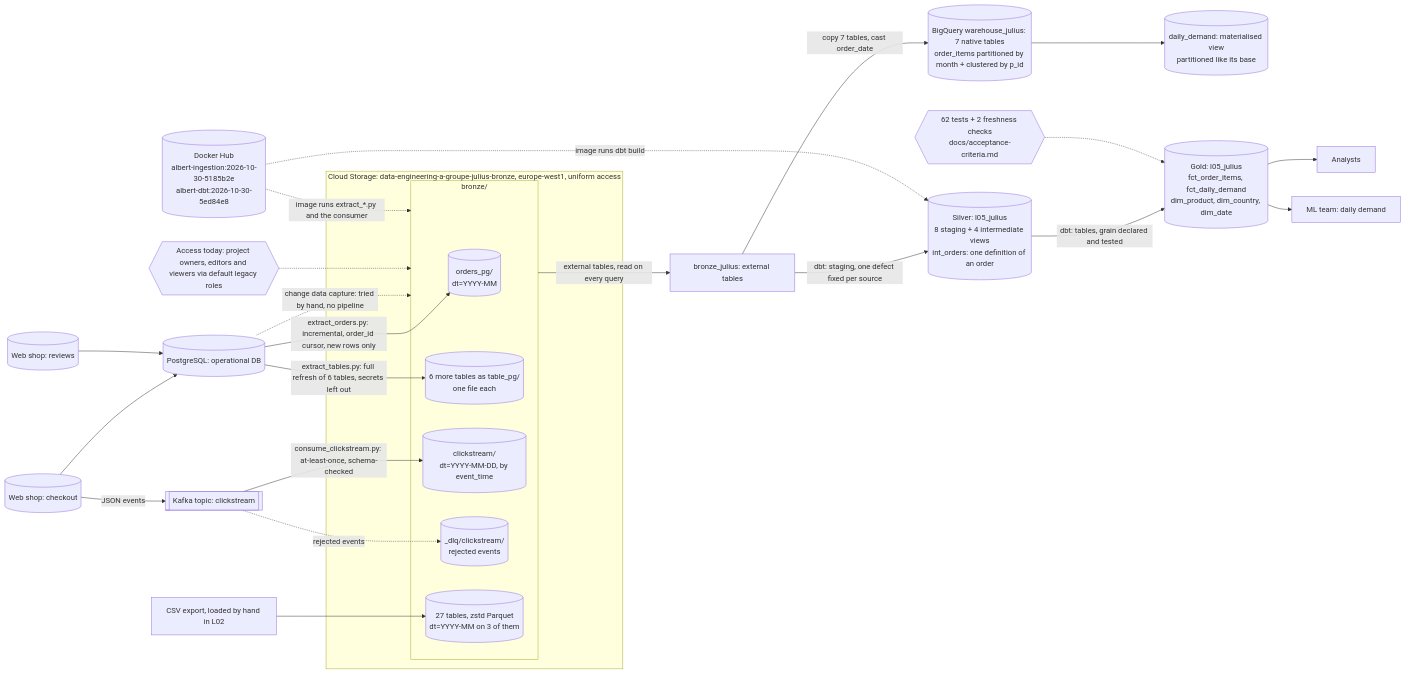
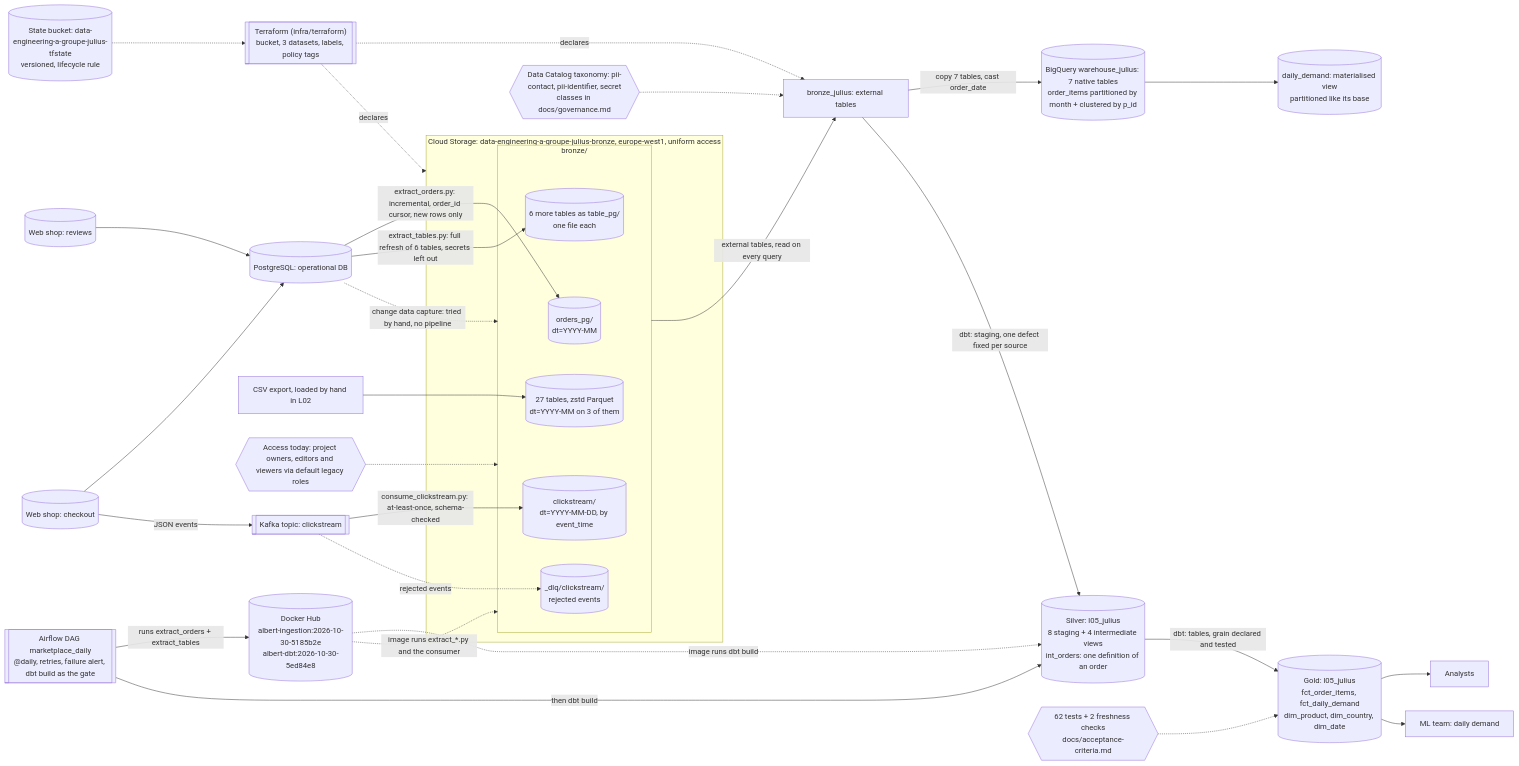
One commit to JuliusHayter/de-platform-template changed the diagram in docs/architecture.md. Above: the diagram before and after it, drawn with Mermaid. The commit also changed other lines of this file and 2 other files, not shown here.

Commit message:
UPD: Show Airflow, Terraform and the classification in the diagram, and name the ADR authors

````diff
--- a/docs/architecture.md
+++ b/docs/architecture.md
@@ -19,35 +19,43 @@
 ```mermaid
 flowchart LR
   checkout[(Web shop: checkout)] --> pg[(PostgreSQL: operational DB)]
   reviews[(Web shop: reviews)] --> pg
   checkout -->|JSON events| kafka[[Kafka topic: clickstream]]
 
   pg -->|"extract_orders.py: incremental, order_id cursor, new rows only"| orders_pg
   pg -->|"extract_tables.py: full refresh of 6 tables, secrets left out"| tables_pg
   kafka -->|"consume_clickstream.py: at-least-once, schema-checked"| clickstream
   kafka -.->|"rejected events"| dlq
   pg -.->|"change data capture: tried by hand, no pipeline"| bronze
   csv[CSV export, loaded by hand in L02] --> tables
 
   subgraph gcs[Cloud Storage: data-engineering-a-groupe-julius-bronze, europe-west1, uniform access]
     subgraph bronze[bronze/]
       tables[(27 tables, zstd Parquet<br/>dt=YYYY-MM on 3 of them)]
       orders_pg[(orders_pg/<br/>dt=YYYY-MM)]
       tables_pg[(6 more tables as table_pg/<br/>one file each)]
       clickstream[(clickstream/<br/>dt=YYYY-MM-DD, by event_time)]
       dlq[(_dlq/clickstream/<br/>rejected events)]
     end
   end
 
   access{{Access today: project owners, editors and viewers via default legacy roles}} -.-> bronze
   bronze -->|"external tables, read on every query"| ext[bronze_julius: external tables]
   ext -->|"copy 7 tables, cast order_date"| wh[(BigQuery warehouse_julius: 7 native tables<br/>order_items partitioned by month + clustered by p_id)]
   wh --> mv[(daily_demand: materialised view<br/>partitioned like its base)]
   ext -->|"dbt: staging, one defect fixed per source"| silver[(Silver: l05_julius<br/>8 staging + 4 intermediate views<br/>int_orders: one definition of an order)]
   silver -->|"dbt: tables, grain declared and tested"| gold[(Gold: l05_julius<br/>fct_order_items, fct_daily_demand<br/>dim_product, dim_country, dim_date)]
   gold --> analysts[Analysts]
   gold --> ml[ML team: daily demand]
   hub[("Docker Hub<br/>albert-ingestion:2026-10-30-5185b2e<br/>albert-dbt:2026-10-30-5ed84e8")] -.->|"image runs extract_*.py and the consumer"| bronze
   hub -.->|"image runs dbt build"| silver
   tests{{"62 tests + 2 freshness checks<br/>docs/acceptance-criteria.md"}} -.-> gold
+
+  airflow[["Airflow DAG marketplace_daily<br/>@daily, retries, failure alert, dbt build as the gate"]]
+  airflow -->|"runs extract_orders + extract_tables"| hub
+  airflow -->|"then dbt build"| silver
+  tf[["Terraform (infra/terraform)<br/>bucket, 3 datasets, labels, policy tags"]] -.->|declares| gcs
+  tf -.->|declares| ext
+  tfstate[("State bucket: data-engineering-a-groupe-julius-tfstate<br/>versioned, lifecycle rule")] -.-> tf
+  tax{{"Data Catalog taxonomy: pii-contact, pii-identifier, secret<br/>classes in docs/governance.md"}} -.-> ext
 ```
````
